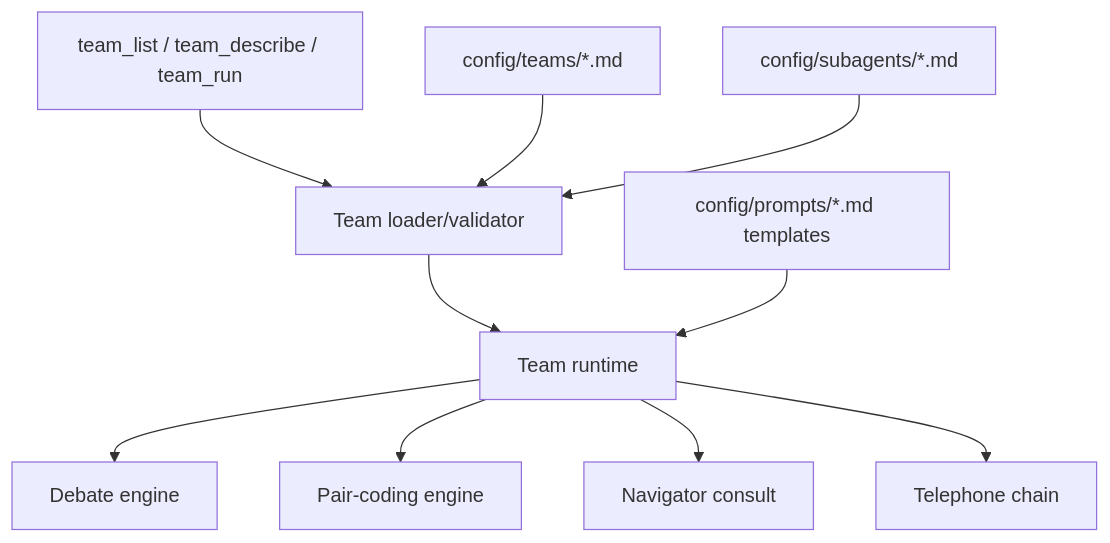
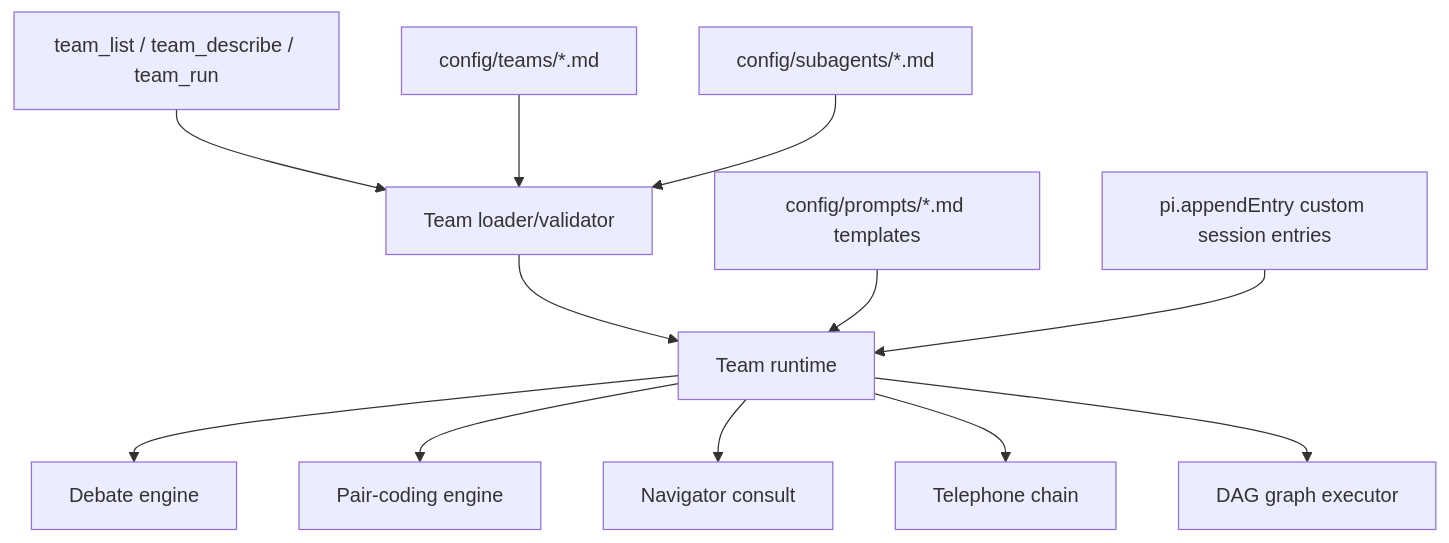
Before and after one commit to tS7hKamAYL84j91/pi-tools-and-skills: the first of 2 diagrams in docs/teams-migration-plan.md, drawn with Mermaid. The commit also changed other lines of this file and 27 other files, not shown here.

Commit message:
feat(teams): add graph execution and manifest parameters

````diff
--- a/docs/teams-migration-plan.md
+++ b/docs/teams-migration-plan.md
@@ -12,12 +12,14 @@
 ```mermaid
 flowchart TD
   TeamTools[team_list / team_describe / team_run] --> Loader[Team loader/validator]
   Teams[config/teams/*.md] --> Loader
   Subagents[config/subagents/*.md] --> Loader
   Loader --> Runtime[Team runtime]
   Runtime --> Debate[Debate engine]
   Runtime --> PairCoding[Pair-coding engine]
   Runtime --> PairConsult[Navigator consult]
   Runtime --> Telephone[Telephone chain]
+  Runtime --> Graph[DAG graph executor]
   Prompts[config/prompts/*.md templates] --> Runtime
+  State[pi.appendEntry custom session entries] --> Runtime
 ```
````
